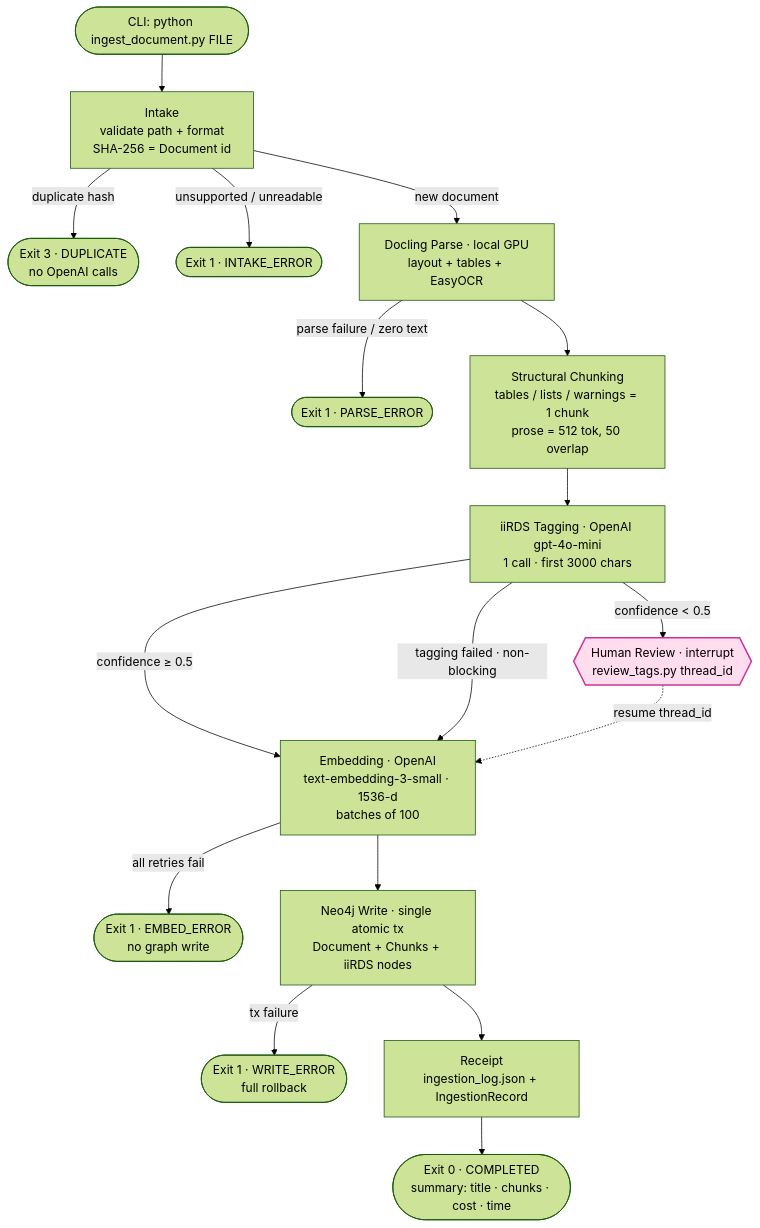
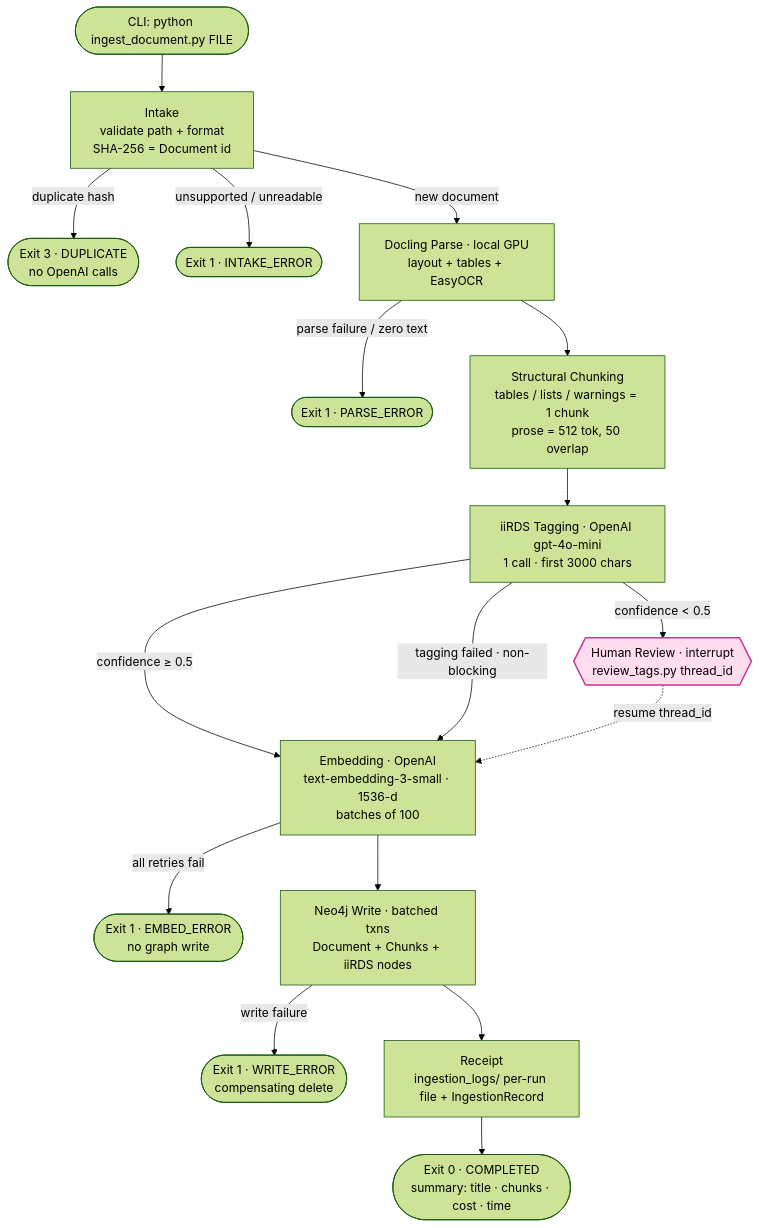
One commit to suryakantverma2013/graphrag-pipeline changed the first of 2 diagrams in USER_MANUAL.md. Above: the diagram before and after it, drawn with Mermaid (forest theme). The commit also changed other lines of this file and 13 other files, not shown here.

````diff
--- a/USER_MANUAL.md
+++ b/USER_MANUAL.md
@@ -325,22 +340,22 @@
 ```mermaid
 flowchart TD
     A([CLI: python ingest_document.py FILE]) --> B[Intake<br/>validate path + format<br/>SHA-256 = Document id]
     B -->|duplicate hash| DUP([Exit 3 · DUPLICATE<br/>no OpenAI calls])
     B -->|unsupported / unreadable| ERR1([Exit 1 · INTAKE_ERROR])
     B -->|new document| C[Docling Parse · local GPU<br/>layout + tables + EasyOCR]
     C -->|parse failure / zero text| ERR2([Exit 1 · PARSE_ERROR])
     C --> D[Structural Chunking<br/>tables / lists / warnings = 1 chunk<br/>prose = 512 tok, 50 overlap]
     D --> E[iiRDS Tagging · OpenAI gpt-4o-mini<br/>1 call · first 3000 chars]
     E -->|confidence ≥ 0.5| G
     E -->|confidence &lt; 0.5| F{{Human Review · interrupt<br/>review_tags.py thread_id}}
     E -->|tagging failed · non-blocking| G[Embedding · OpenAI<br/>text-embedding-3-small · 1536-d<br/>batches of 100]
     F -. resume thread_id .-> G
     G -->|all retries fail| ERR3([Exit 1 · EMBED_ERROR<br/>no graph write])
-    G --> H[Neo4j Write · single atomic tx<br/>Document + Chunks + iiRDS nodes]
-    H -->|tx failure| ERR4([Exit 1 · WRITE_ERROR<br/>full rollback])
-    H --> I[Receipt<br/>ingestion_log.json + IngestionRecord]
+    G --> H[Neo4j Write · batched txns<br/>Document + Chunks + iiRDS nodes]
+    H -->|write failure| ERR4([Exit 1 · WRITE_ERROR<br/>compensating delete])
+    H --> I[Receipt<br/>ingestion_logs/ per-run file + IngestionRecord]
     I --> OK([Exit 0 · COMPLETED<br/>summary: title · chunks · cost · time])
 
     classDef interrupt fill:#fde,stroke:#c39,stroke-width:2px;
     class F interrupt;
 ```
````
